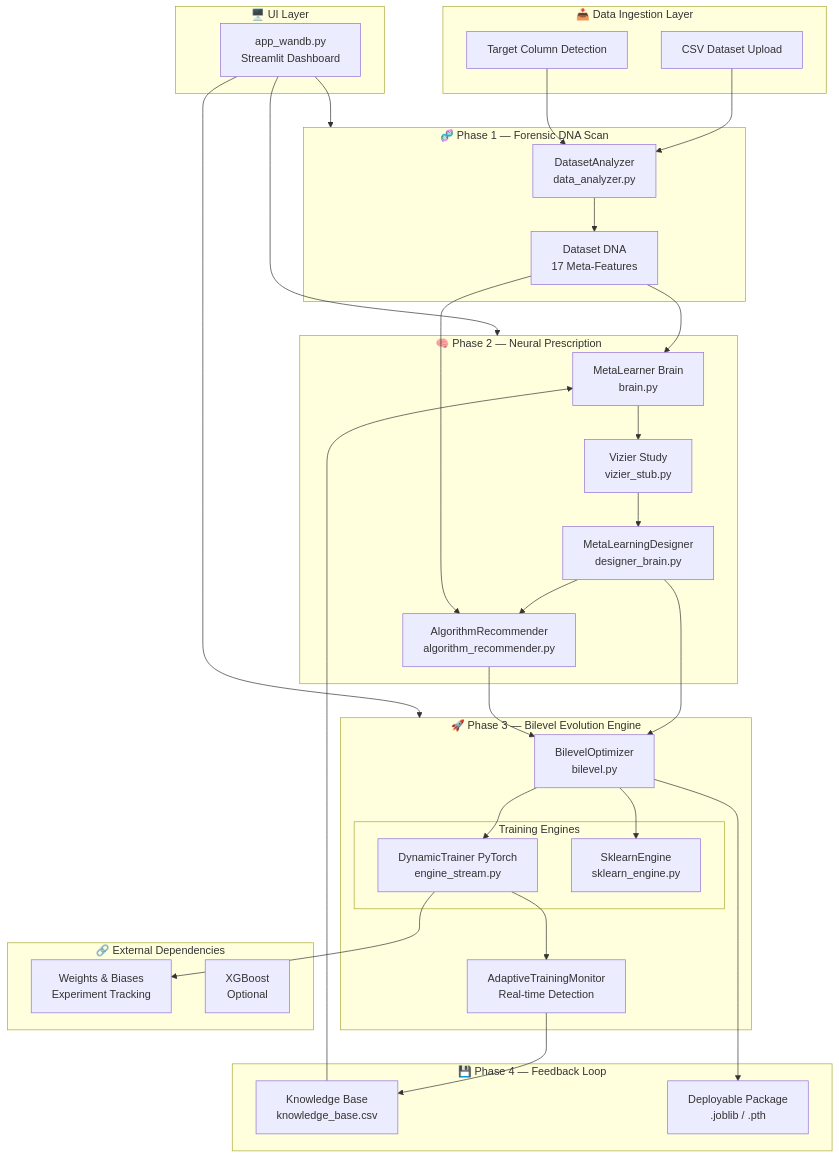
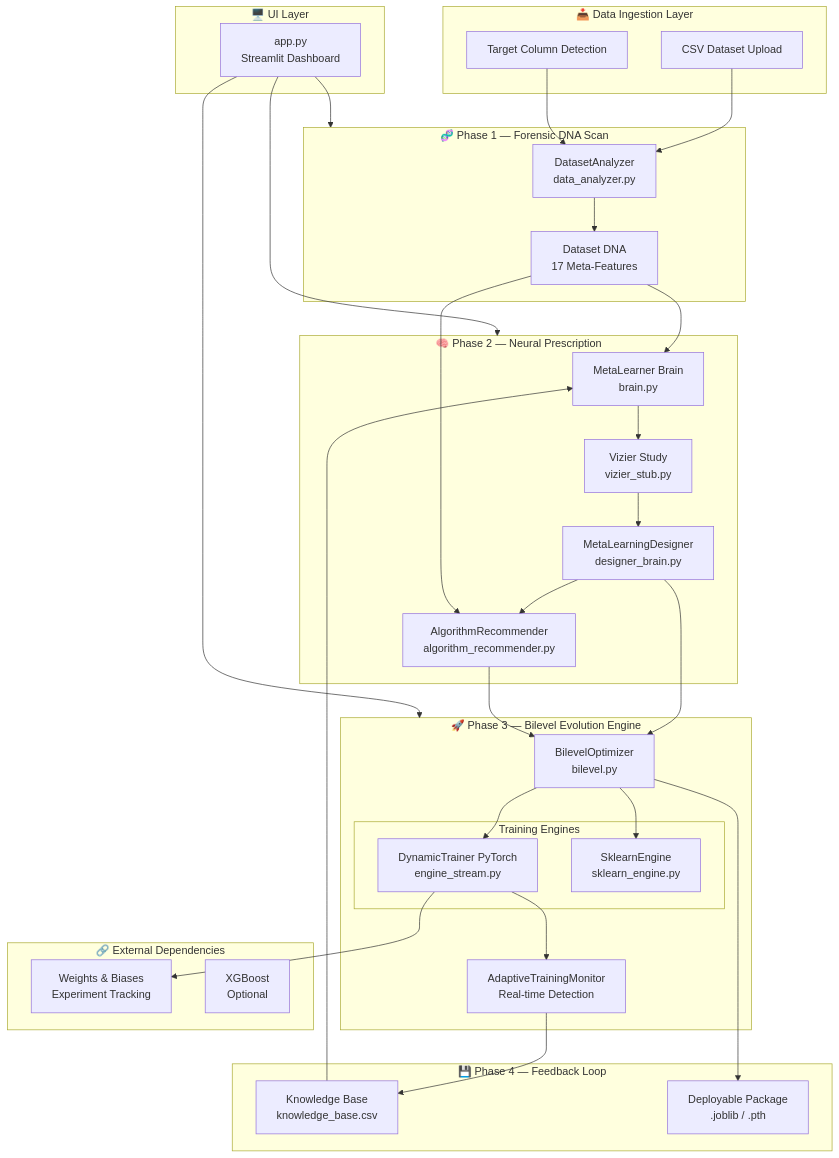
One commit to MuzammilCk/MetaTune changed the first of 3 diagrams in README.md. Above: the diagram before and after it, drawn with Mermaid. The commit also changed other lines of this file and 4 other files, not shown here.

````diff
--- a/README.md
+++ b/README.md
@@ -58,65 +58,65 @@
 ```mermaid
 graph TB
     subgraph INPUT["📥 Data Ingestion Layer"]
         CSV[CSV Dataset Upload]
         TC[Target Column Detection]
     end
 
     subgraph PHASE1["🧬 Phase 1 — Forensic DNA Scan"]
         DA[DatasetAnalyzer<br/>data_analyzer.py]
         DNA[Dataset DNA<br/>17 Meta-Features]
         DA --> DNA
     end
 
     subgraph PHASE2["🧠 Phase 2 — Neural Prescription"]
         ML[MetaLearner Brain<br/>brain.py]
         VZ[Vizier Study<br/>vizier_stub.py]
         DB[MetaLearningDesigner<br/>designer_brain.py]
         AR[AlgorithmRecommender<br/>algorithm_recommender.py]
         ML --> VZ
         VZ --> DB
         DB --> AR
     end
 
     subgraph PHASE3["🚀 Phase 3 — Bilevel Evolution Engine"]
         BL[BilevelOptimizer<br/>bilevel.py]
         
         subgraph ENGINES["Training Engines"]
             PT[DynamicTrainer PyTorch<br/>engine_stream.py]
             SK[SklearnEngine<br/>sklearn_engine.py]
         end
         
         MON[AdaptiveTrainingMonitor<br/>Real-time Detection]
         BL --> PT
         BL --> SK
         PT --> MON
     end
 
     subgraph PHASE4["💾 Phase 4 — Feedback Loop"]
         KB[Knowledge Base<br/>knowledge_base.csv]
         PKG[Deployable Package<br/>.joblib / .pth]
     end
 
     subgraph UI["🖥️ UI Layer"]
-        APP[app_wandb.py<br/>Streamlit Dashboard]
+        APP[app.py<br/>Streamlit Dashboard]
     end
 
     subgraph EXTERNAL["🔗 External Dependencies"]
         WB[Weights & Biases<br/>Experiment Tracking]
         XGB[XGBoost<br/>Optional]
     end
 
     CSV --> DA
     TC --> DA
     DNA --> ML
     DNA --> AR
     DB --> BL
     AR --> BL
     MON --> KB
     BL --> PKG
     KB --> ML
     APP --> PHASE1
     APP --> PHASE2
     APP --> PHASE3
     PT --> WB
 ```
````
